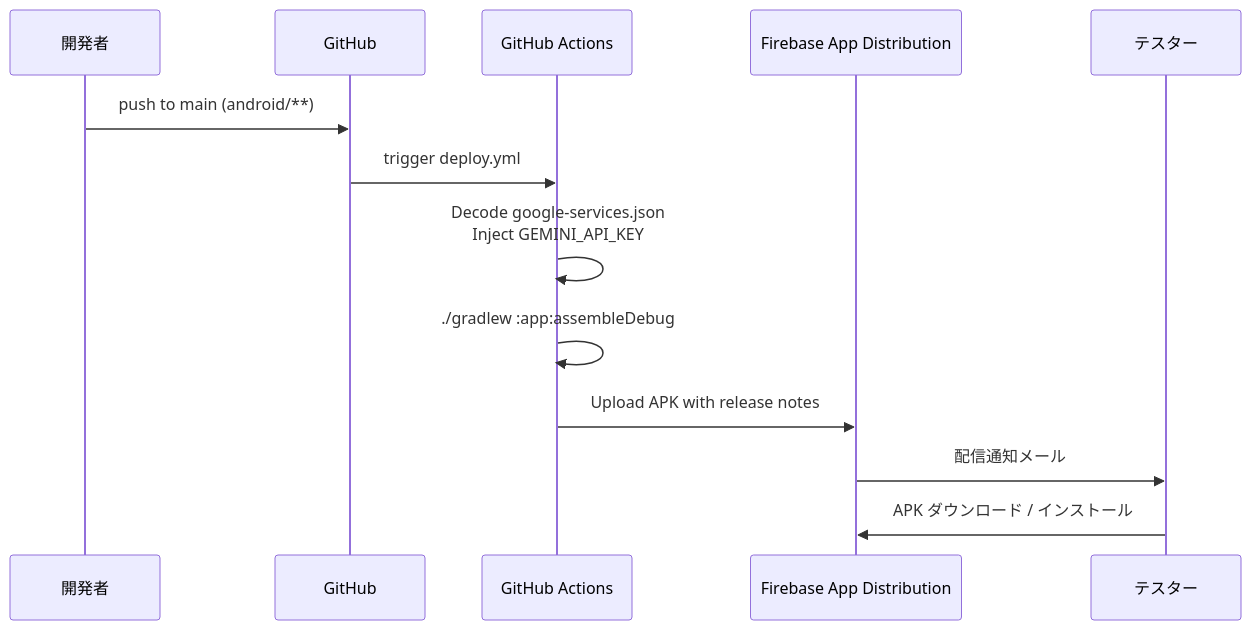
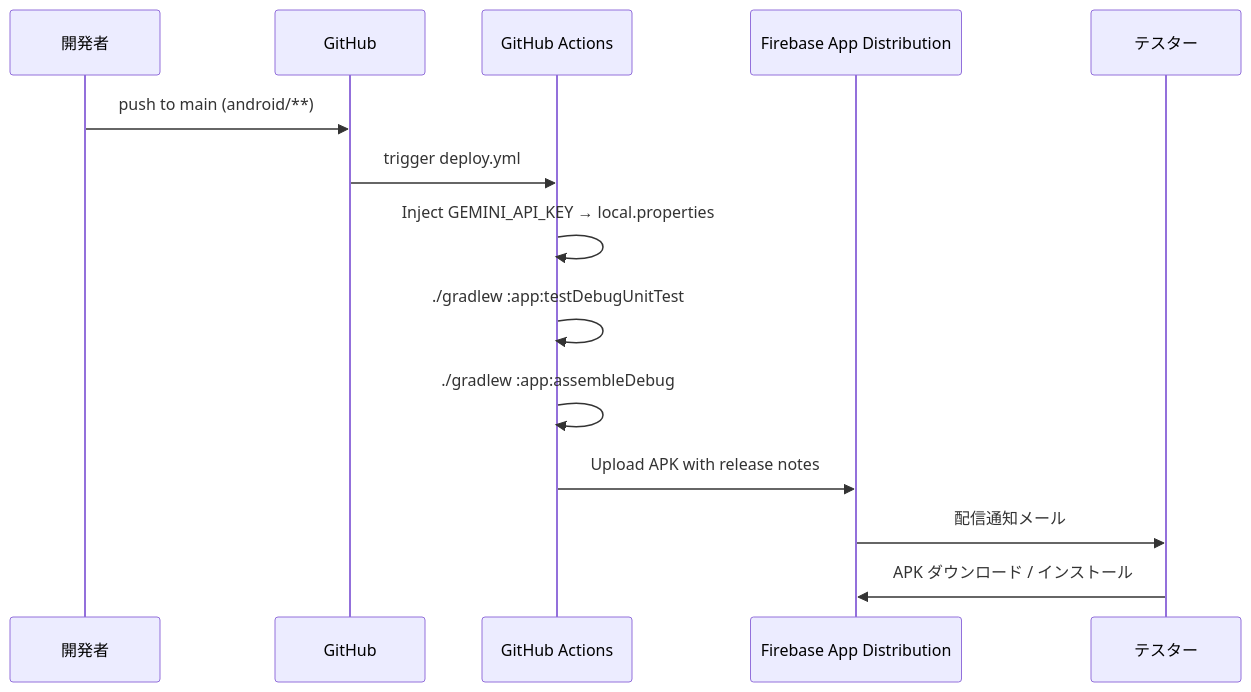
The diagram in android/SETUP.md (takahiro0428/pocket-brain-android-native), drawn with Mermaid before and after one commit. The commit also changed other lines of this file and 12 other files, not shown here.

````diff
--- a/android/SETUP.md
+++ b/android/SETUP.md
@@ -77,16 +69,17 @@
 ```mermaid
 sequenceDiagram
     participant Dev as 開発者
     participant GH as GitHub
     participant CI as GitHub Actions
     participant FB as Firebase App Distribution
     participant Tester as テスター
 
     Dev->>GH: push to main (android/**)
     GH->>CI: trigger deploy.yml
-    CI->>CI: Decode google-services.json<br/>Inject GEMINI_API_KEY
+    CI->>CI: Inject GEMINI_API_KEY → local.properties
+    CI->>CI: ./gradlew :app:testDebugUnitTest
     CI->>CI: ./gradlew :app:assembleDebug
     CI->>FB: Upload APK with release notes
     FB->>Tester: 配信通知メール
     Tester->>FB: APK ダウンロード / インストール
 ```
````
